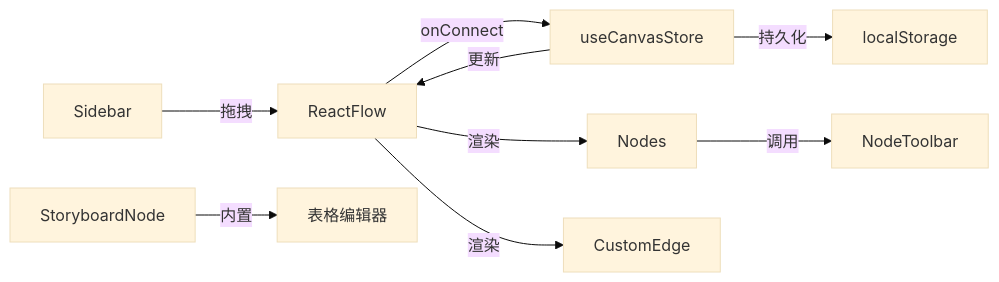
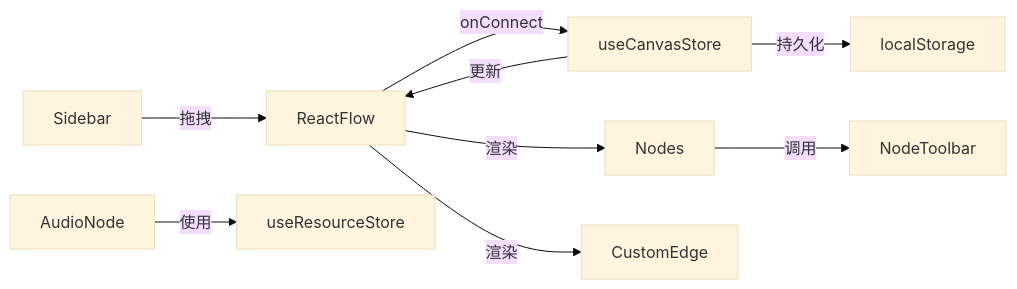
The sixth of 6 diagrams in .qoder/repowiki/zh/content/前端组件系统/画布编辑器/画布编辑器.md (KunLabAI/KunFlix), drawn with Mermaid (base theme) before and after one commit. The commit also changed other lines of this file and 37 other files, not shown here.

````diff
--- a/.qoder/repowiki/zh/content/前端组件系统/画布编辑器/画布编辑器.md
+++ b/.qoder/repowiki/zh/content/前端组件系统/画布编辑器/画布编辑器.md
@@ -406,11 +428,11 @@
 ```mermaid
 graph LR
 Sidebar --> |拖拽| ReactFlow
 ReactFlow --> |onConnect| useCanvasStore
 useCanvasStore --> |更新| ReactFlow
 ReactFlow --> |渲染| Nodes
 ReactFlow --> |渲染| CustomEdge
 Nodes --> |调用| NodeToolbar
-StoryboardNode --> |内置| 表格编辑器
+AudioNode --> |使用| useResourceStore
 useCanvasStore --> |持久化| localStorage
 ```
````
